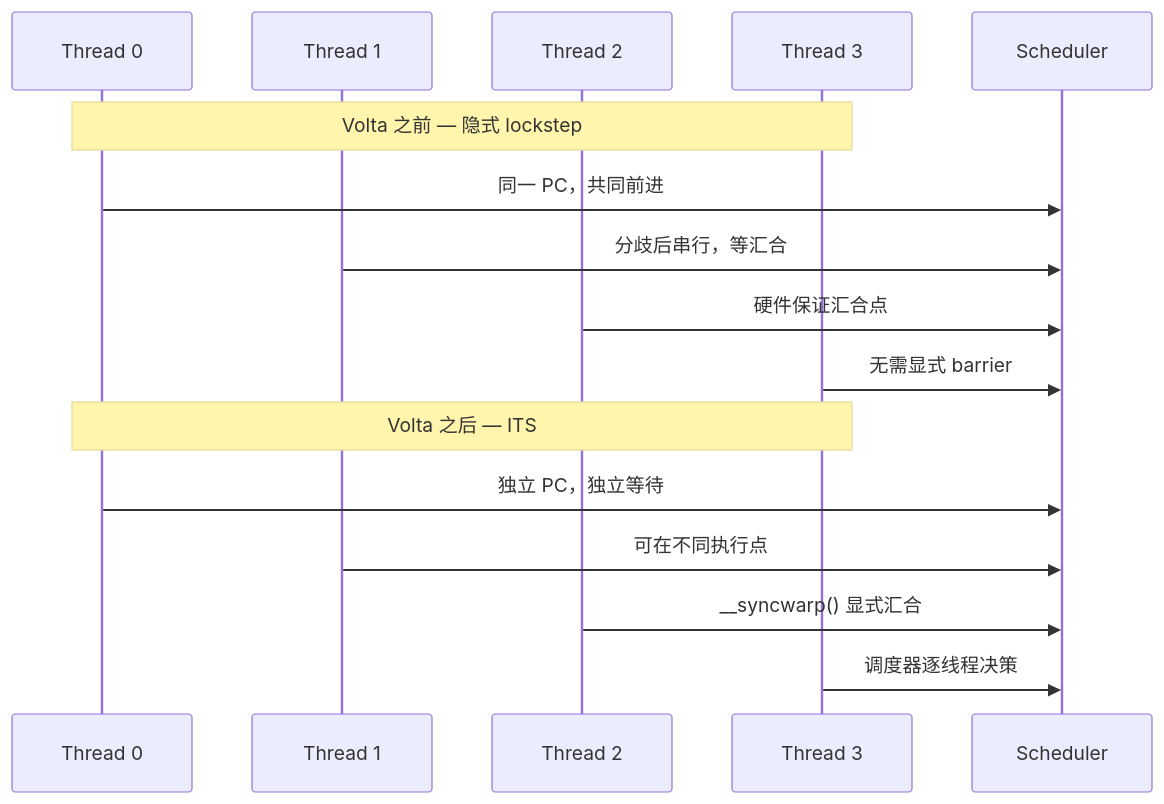
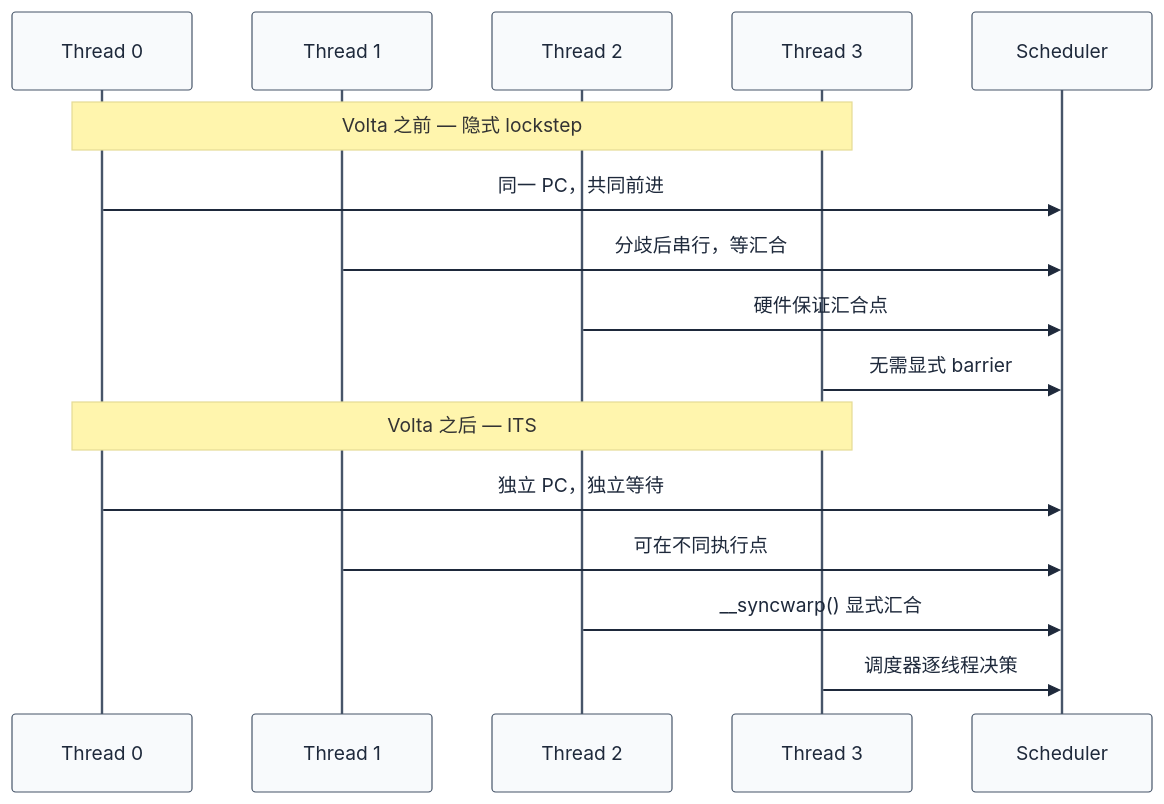
Before and after one commit to swjtuer326/cs-learning-notes: the sixth of 12 diagrams in LLM/NVIDIA-GPU架构演进与LLM.md, drawn with Mermaid. The commit also changed other lines of this file and 10 other files, not shown here.

````diff
--- a/LLM/NVIDIA-GPU架构演进与LLM.md
+++ b/LLM/NVIDIA-GPU架构演进与LLM.md
@@ -275,21 +408,21 @@
 ```mermaid
-%%{init: {"theme": "base", "themeVariables": {"primaryColor": "#ECECFF", "primaryTextColor": "#333333", "primaryBorderColor": "#9370DB", "lineColor": "#666666", "secondaryColor": "#ffffde", "secondaryBorderColor": "#aaaa33", "tertiaryColor": "#f0f0f0", "fontFamily": "\"trebuchet ms\", verdana, arial, sans-serif"}}}%%
+%%{init: {"theme": "base", "themeVariables": {"primaryColor": "#f8fafc", "primaryTextColor": "#1e293b", "primaryBorderColor": "#475569", "lineColor": "#64748b", "secondaryColor": "#f1f5f9", "secondaryBorderColor": "#94a3b8", "tertiaryColor": "#f8fafc", "fontFamily": "\"trebuchet ms\", verdana, arial, sans-serif"}}}%%
 sequenceDiagram
     participant T0 as Thread 0
     participant T1 as Thread 1
     participant T2 as Thread 2
     participant T3 as Thread 3
     participant SCH as Scheduler
 
     Note over T0,T3: Volta 之前 — 隐式 lockstep
     T0->>SCH: 同一 PC，共同前进
     T1->>SCH: 分歧后串行，等汇合
     T2->>SCH: 硬件保证汇合点
     T3->>SCH: 无需显式 barrier
 
     Note over T0,T3: Volta 之后 — ITS
     T0->>SCH: 独立 PC，独立等待
     T1->>SCH: 可在不同执行点
     T2->>SCH: __syncwarp() 显式汇合
     T3->>SCH: 调度器逐线程决策
 ```
````
